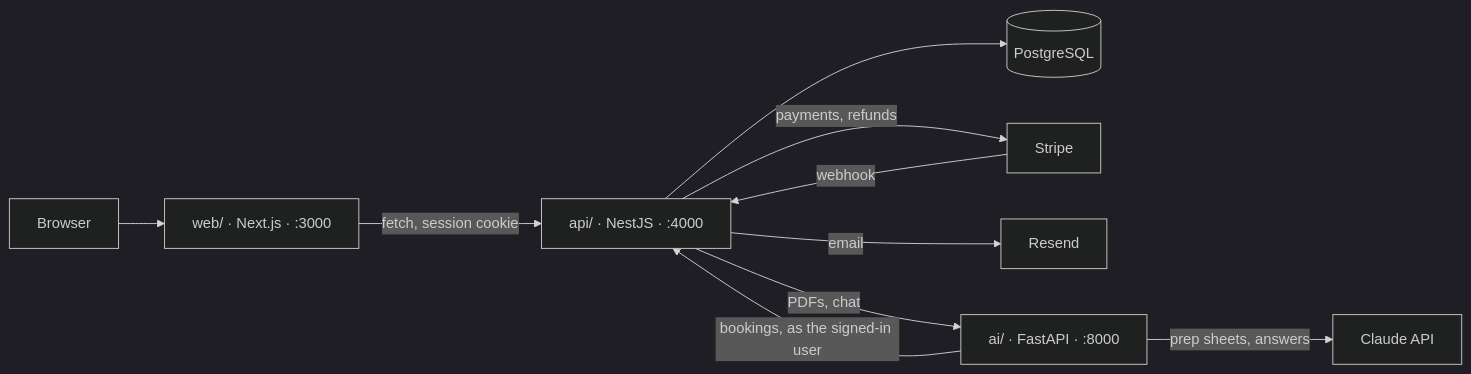
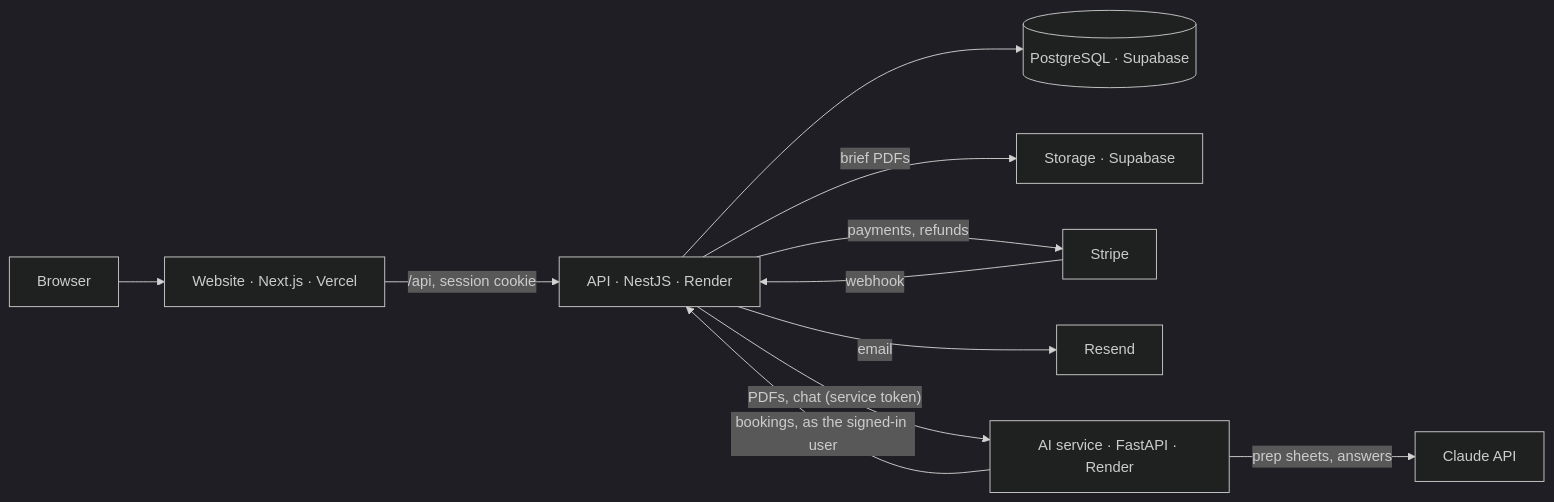
Before and after one commit to pjungjs/consultly: the diagram in README.md, drawn with Mermaid (dark theme). The commit also changed other lines of this file, not shown here.

````diff
--- a/README.md
+++ b/README.md
@@ -33,12 +58,13 @@
 ```mermaid
 flowchart LR
-  Browser --> Web["web/ · Next.js · :3000"]
-  Web -->|fetch, session cookie| API["api/ · NestJS · :4000"]
-  API --> DB[(PostgreSQL)]
+  Browser --> Web["Website · Next.js · Vercel"]
+  Web -->|"/api, session cookie"| API["API · NestJS · Render"]
+  API --> DB[("PostgreSQL · Supabase")]
+  API -->|brief PDFs| Storage["Storage · Supabase"]
   API -->|payments, refunds| Stripe
   Stripe -->|webhook| API
   API -->|email| Resend
-  API -->|PDFs, chat| AI["ai/ · FastAPI · :8000"]
+  API -->|"PDFs, chat (service token)"| AI["AI service · FastAPI · Render"]
   AI -->|prep sheets, answers| Claude[Claude API]
   AI -->|"bookings, as the signed-in user"| API
 ```
````
